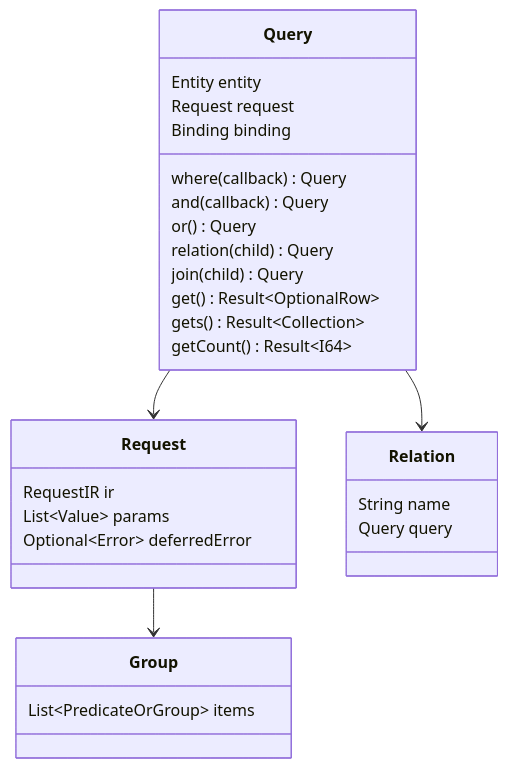
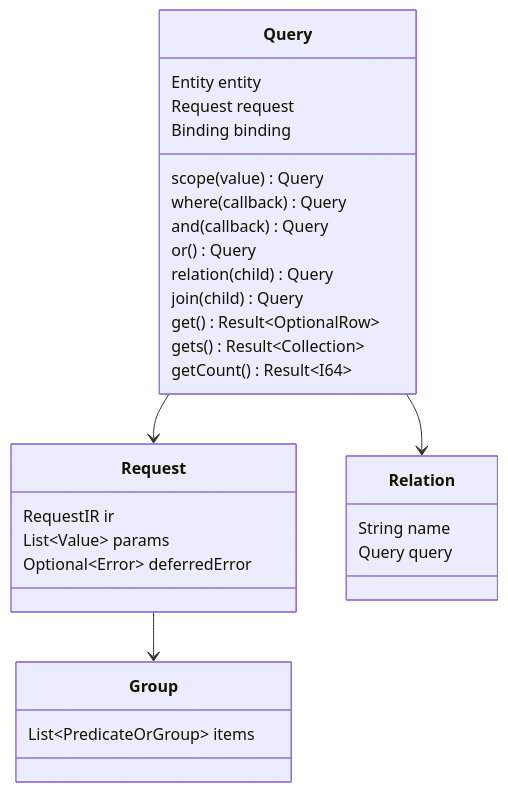
The second of 9 diagrams in docs/interfaces.ko.md (polyspec/orm), drawn with Mermaid before and after one commit. The commit also changed other lines of this file and 42 other files, not shown here.

Commit message:
feat: enforce query tenant scope

````diff
--- a/docs/interfaces.ko.md
+++ b/docs/interfaces.ko.md
@@ -56,31 +56,32 @@
 ```mermaid
 classDiagram
     class Query {
         Entity entity
         Request request
         Binding binding
+        scope(value) Query
         where(callback) Query
         and(callback) Query
         or() Query
         relation(child) Query
         join(child) Query
         get() Result~OptionalRow~
         gets() Result~Collection~
         getCount() Result~I64~
     }
     class Request {
         RequestIR ir
         List~Value~ params
         Optional~Error~ deferredError
     }
     class Group {
         List~PredicateOrGroup~ items
     }
     class Relation {
         String name
         Query query
     }
     Query --> Request
     Request --> Group
     Query --> Relation
 ```
````
